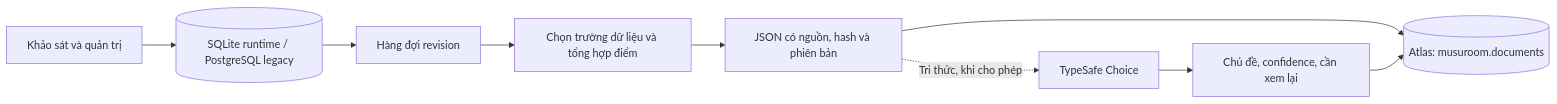
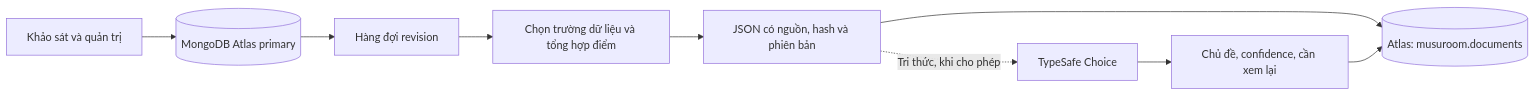
Before and after one commit to Jakcasas/musuroom: the diagram in docs/MONGODB_JEV.md, drawn with Mermaid. The commit also changed other lines of this file and 54 other files, not shown here.

Commit message:
Use MongoDB Atlas as primary application storage

````diff
--- a/docs/MONGODB_JEV.md
+++ b/docs/MONGODB_JEV.md
@@ -7,11 +7,11 @@
 ```mermaid
 flowchart LR
-  Web[Khảo sát và quản trị] --> SQL[(SQLite runtime / PostgreSQL legacy)]
+  Web[Khảo sát và quản trị] --> SQL[(MongoDB Atlas primary)]
   SQL --> Queue[Hàng đợi revision]
   Queue --> Project[Chọn trường dữ liệu và tổng hợp điểm]
   Project --> JSON[JSON có nguồn, hash và phiên bản]
   JSON --> Mongo[(Atlas: musuroom.documents)]
   JSON -. Tri thức, khi cho phép .-> Jev[TypeSafe Choice]
   Jev --> Review[Chủ đề, confidence, cần xem lại]
   Review --> Mongo
 ```
````
